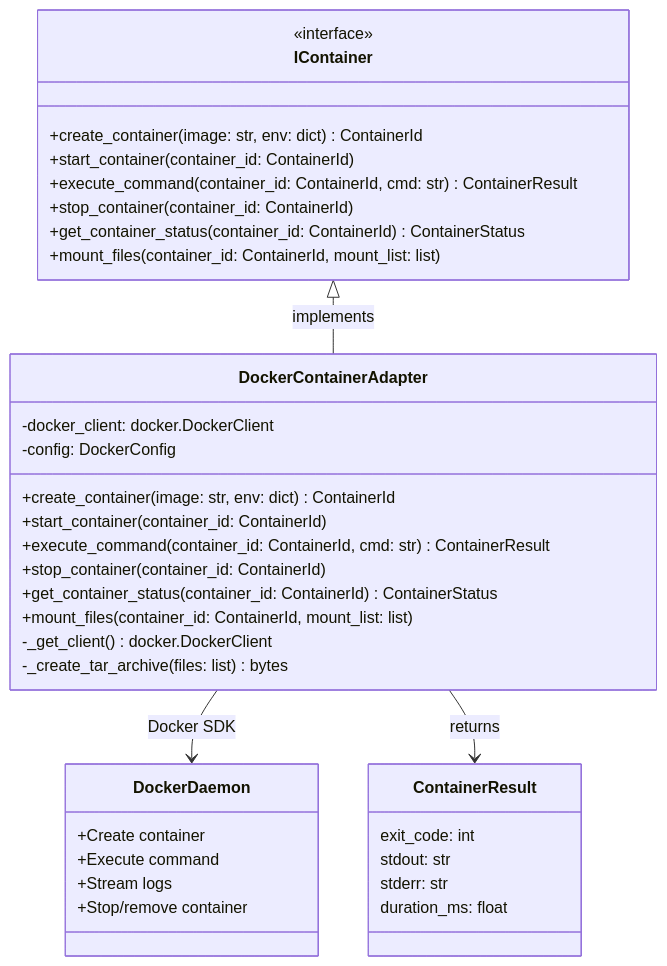
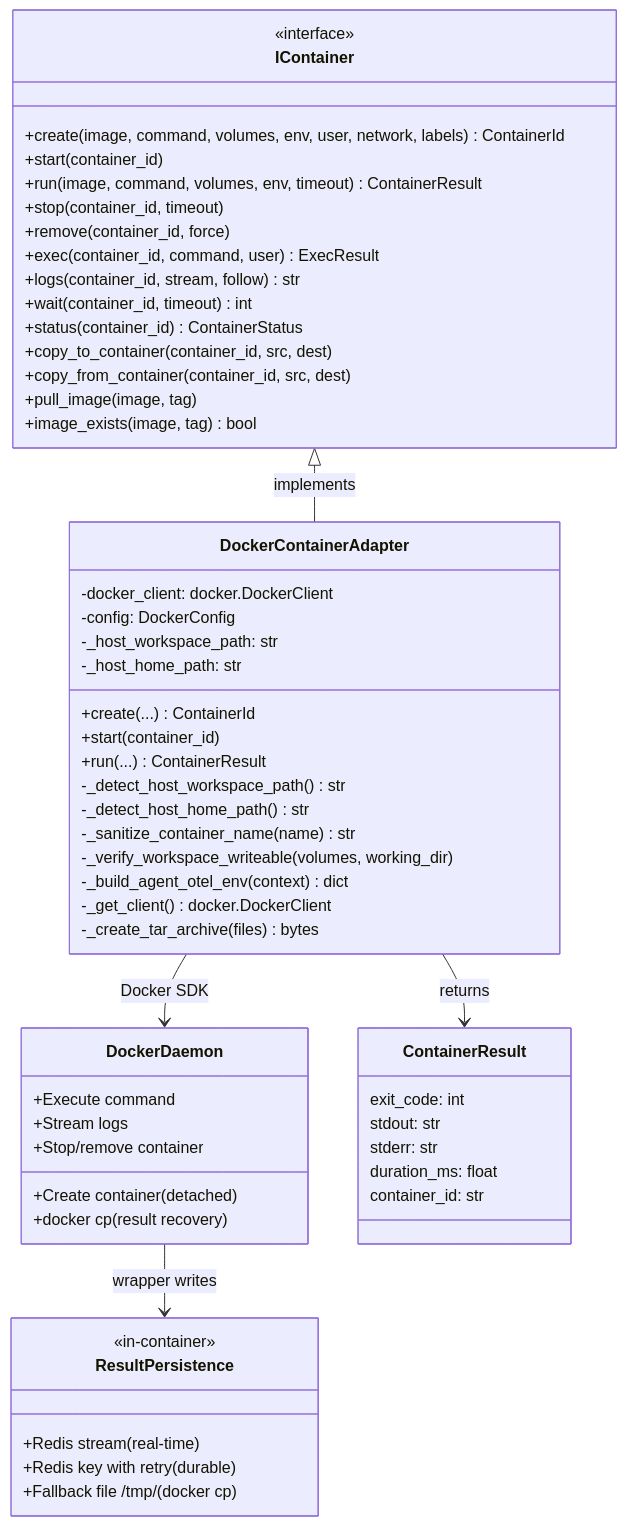
One commit to tinkermonkey/codetoreum changed the diagram in documentation/architecture/adapters/production/docker-container-adapter.md. Above: the diagram before and after it, drawn with Mermaid. The commit also changed other lines of this file, not shown here.

First line of the commit message:
[Docs] Comprehensively update DockerContainerAdapter design with Switchyard lessons

````diff
--- a/documentation/architecture/adapters/production/docker-container-adapter.md
+++ b/documentation/architecture/adapters/production/docker-container-adapter.md
@@ -346,43 +620,64 @@
 ```mermaid
 classDiagram
     class IContainer {
         <<interface>>
-        +create_container(image: str, env: dict) ContainerId
-        +start_container(container_id: ContainerId)
-        +execute_command(container_id: ContainerId, cmd: str) ContainerResult
-        +stop_container(container_id: ContainerId)
-        +get_container_status(container_id: ContainerId) ContainerStatus
-        +mount_files(container_id: ContainerId, mount_list: list)
+        +create(image, command, volumes, env, user, network, labels) ContainerId
+        +start(container_id)
+        +run(image, command, volumes, env, timeout) ContainerResult
+        +stop(container_id, timeout)
+        +remove(container_id, force)
+        +exec(container_id, command, user) ExecResult
+        +logs(container_id, stream, follow) str
+        +wait(container_id, timeout) int
+        +status(container_id) ContainerStatus
+        +copy_to_container(container_id, src, dest)
+        +copy_from_container(container_id, src, dest)
+        +pull_image(image, tag)
+        +image_exists(image, tag) bool
     }
 
     class DockerContainerAdapter {
         -docker_client: docker.DockerClient
         -config: DockerConfig
-        +create_container(image: str, env: dict) ContainerId
-        +start_container(container_id: ContainerId)
-        +execute_command(container_id: ContainerId, cmd: str) ContainerResult
-        +stop_container(container_id: ContainerId)
-        +get_container_status(container_id: ContainerId) ContainerStatus
-        +mount_files(container_id: ContainerId, mount_list: list)
+        -_host_workspace_path: str
+        -_host_home_path: str
+        +create(...) ContainerId
+        +start(container_id)
+        +run(...) ContainerResult
+        -_detect_host_workspace_path() str
+        -_detect_host_home_path() str
+        -_sanitize_container_name(name) str
+        -_verify_workspace_writeable(volumes, working_dir)
+        -_build_agent_otel_env(context) dict
         -_get_client() docker.DockerClient
-        -_create_tar_archive(files: list) bytes
+        -_create_tar_archive(files) bytes
     }
 
     class DockerDaemon {
-        +Create container
+        +Create container (detached)
         +Execute command
         +Stream logs
         +Stop/remove container
+        +docker cp (result recovery)
     }
 
     class ContainerResult {
         exit_code: int
         stdout: str
         stderr: str
         duration_ms: float
+        container_id: str
+    }
+
+    class ResultPersistence {
+        <<in-container>>
+        +Redis stream (real-time)
+        +Redis key with retry (durable)
+        +Fallback file /tmp/ (docker cp)
     }
 
     IContainer <|-- DockerContainerAdapter: implements
     DockerContainerAdapter --> DockerDaemon: Docker SDK
     DockerContainerAdapter --> ContainerResult: returns
+    DockerDaemon --> ResultPersistence: wrapper writes
 ```
````
